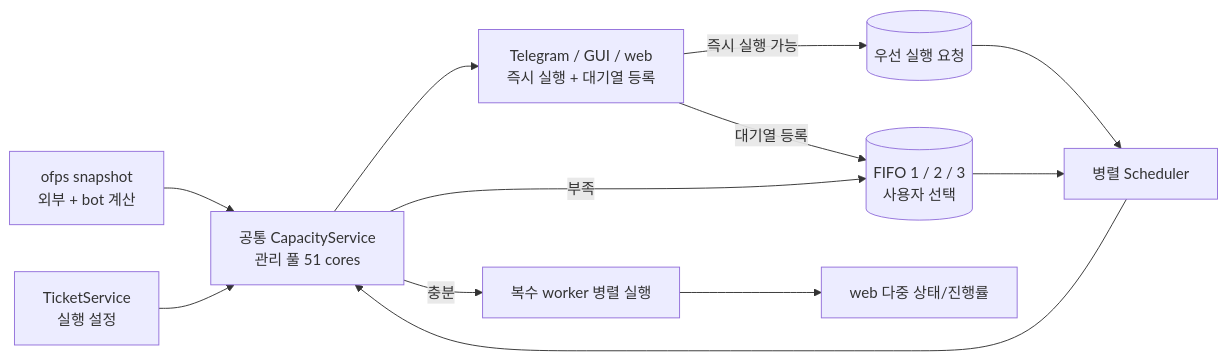
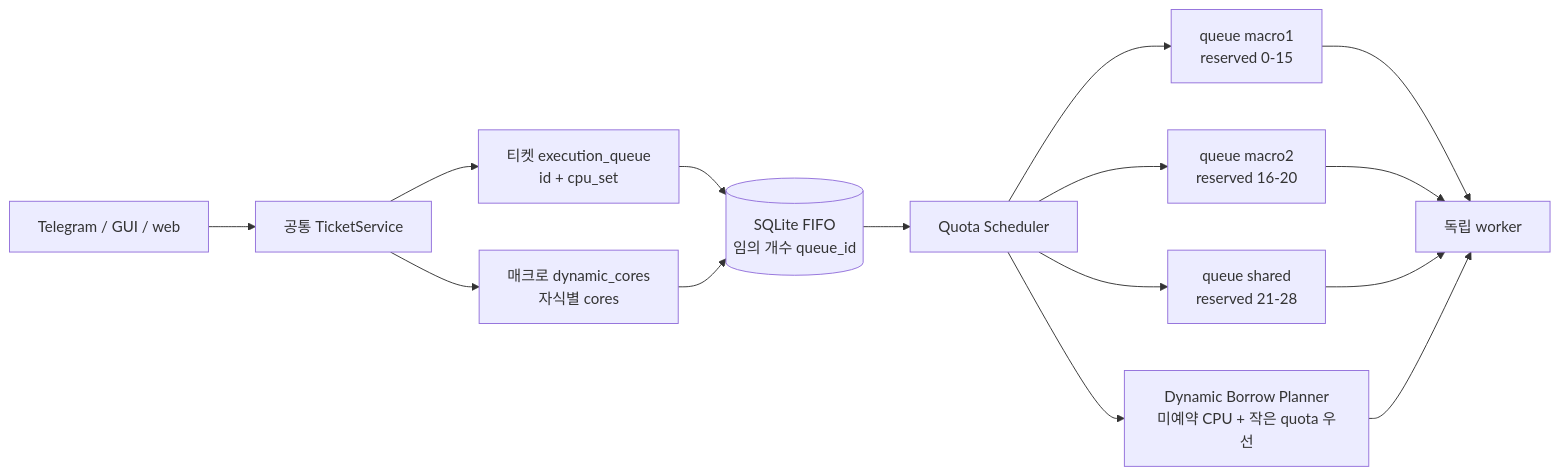
Before and after one commit to jo0n-lab/cfd-bot: the second of 4 diagrams in docs/history/2026-10-06-capacity-aware-parallel-execution.md, drawn with Mermaid. The commit also changed other lines of this file and 57 other files, not shown here.

Commit message:
Add named queue quotas and dynamic macros

````diff
--- a/docs/history/2026-10-06-capacity-aware-parallel-execution.md
+++ b/docs/history/2026-10-06-capacity-aware-parallel-execution.md
@@ -31,14 +27,17 @@
 ```mermaid
 flowchart LR
-    O[ofps snapshot\n외부 + bot 계산] --> C[공통 CapacityService\n관리 풀 51 cores]
-    T[TicketService\n실행 설정] --> C
-    C --> U[Telegram / GUI / web\n즉시 실행 + 대기열 등록]
-    U -->|즉시 실행 가능| P[(우선 실행 요청)]
-    U -->|대기열 등록| F[(FIFO 1 / 2 / 3\n사용자 선택)]
-    P --> S[병렬 Scheduler]
-    F --> S
-    S --> C
-    C -->|충분| W[복수 worker 병렬 실행]
-    C -->|부족| F
-    W --> V[web 다중 상태/진행률]
+    U[Telegram / GUI / web] --> T[공통 TicketService]
+    T --> P[티켓 execution_queue<br/>id + cpu_set]
+    T --> M[매크로 dynamic_cores<br/>자식별 cores]
+    P --> D[(SQLite FIFO<br/>임의 개수 queue_id)]
+    M --> D
+    D --> S[Quota Scheduler]
+    S --> Q1[queue macro1<br/>reserved 0-15]
+    S --> Q2[queue macro2<br/>reserved 16-20]
+    S --> Q3[queue shared<br/>reserved 21-28]
+    Q1 --> W[독립 worker]
+    Q2 --> W
+    Q3 --> W
+    S --> B[Dynamic Borrow Planner<br/>미예약 CPU + 작은 quota 우선]
+    B --> W
 ```
````
